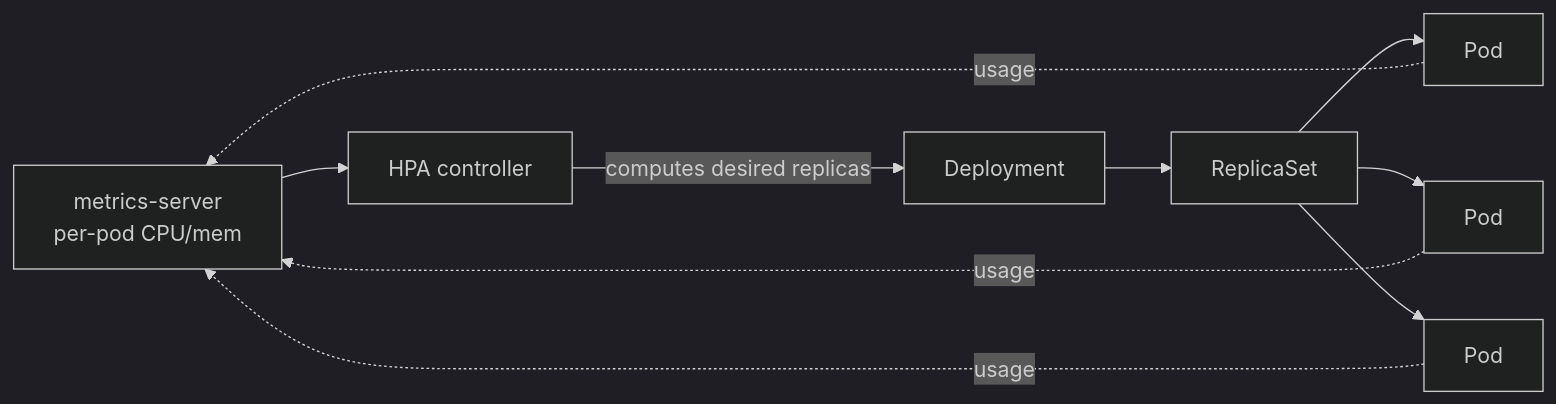
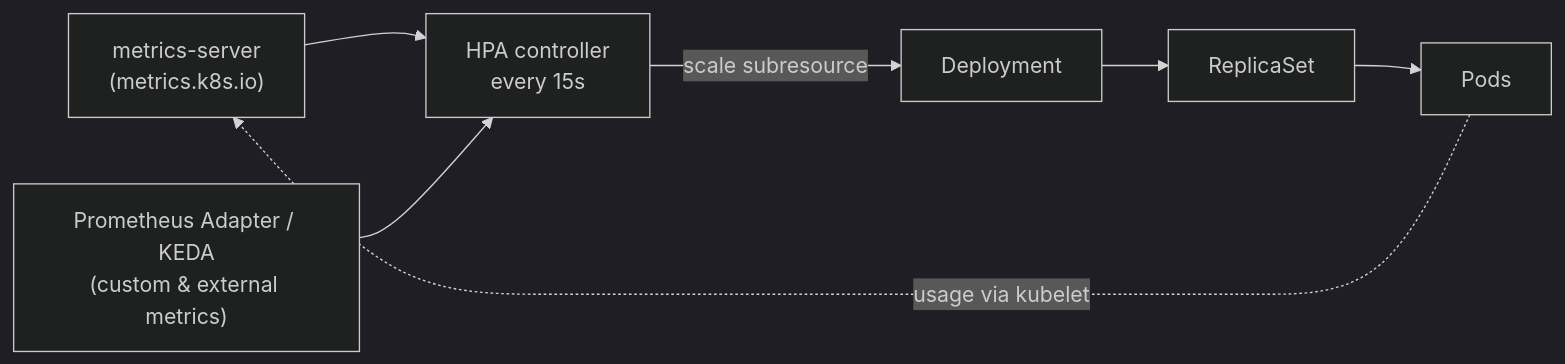
The fifth of 5 diagrams in github-pages/docs/technology/kubernetes/fundamentals-resources.md (AndrewAltimit/Documentation), drawn with Mermaid (dark theme) before and after one commit. The commit also changed other lines of this file and 240 other files, not shown here.

````diff
--- a/github-pages/docs/technology/kubernetes/fundamentals-resources.md
+++ b/github-pages/docs/technology/kubernetes/fundamentals-resources.md
@@ -279,8 +358,8 @@
 ```mermaid
 flowchart LR
-    M[metrics-server<br/>per-pod CPU/mem] --> HPA[HPA controller]
-    HPA -->|"computes desired replicas"| D[Deployment]
-    D --> RS[ReplicaSet]
-    RS --> P1[Pod] & P2[Pod] & P3[Pod]
-    P1 & P2 & P3 -.usage.-> M
+    MS["metrics-server<br/>(metrics.k8s.io)"] --> HPA
+    CM["Prometheus Adapter / KEDA<br/>(custom & external metrics)"] --> HPA
+    HPA["HPA controller<br/>every 15s"] -->|"scale subresource"| D["Deployment"]
+    D --> RS["ReplicaSet"] --> P["Pods"]
+    P -.->|"usage via kubelet"| MS
 ```
````
